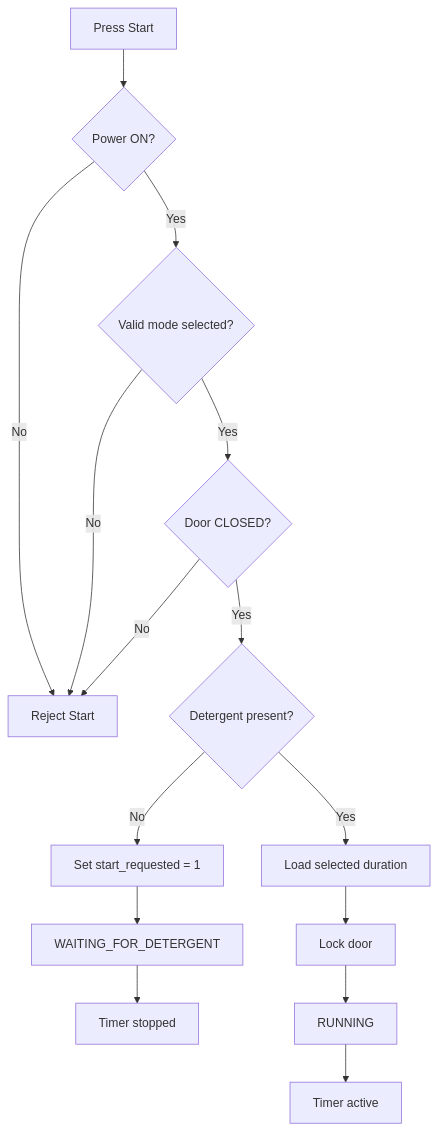
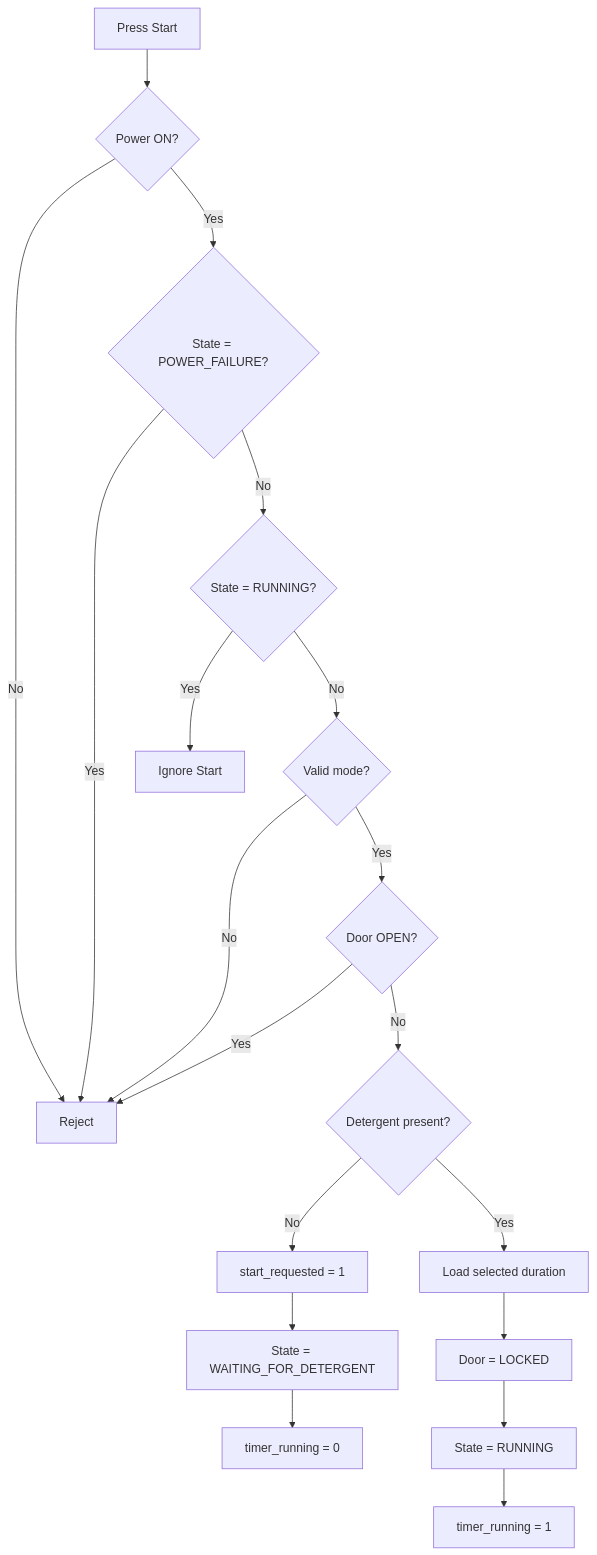
Before and after one commit to BMMADHUMITHA/weighted_rr: the third of 19 diagrams in README.md, drawn with Mermaid. The commit also changed other lines of this file, not shown here.

````diff
--- a/README.md
+++ b/README.md
@@ -195,17 +150,21 @@
 ```mermaid
 flowchart TD
     A[Press Start] --> B{Power ON?}
-    B -- No --> X[Reject Start]
-    B -- Yes --> C{Valid mode selected?}
-    C -- No --> X
-    C -- Yes --> D{Door CLOSED?}
-    D -- No --> X
-    D -- Yes --> E{Detergent present?}
-    E -- No --> F[Set start_requested = 1]
-    F --> G[WAITING_FOR_DETERGENT]
-    G --> H[Timer stopped]
-    E -- Yes --> I[Load selected duration]
-    I --> J[Lock door]
-    J --> K[RUNNING]
-    K --> L[Timer active]
+    B -- No --> X[Reject]
+    B -- Yes --> C{State = POWER_FAILURE?}
+    C -- Yes --> X
+    C -- No --> D{State = RUNNING?}
+    D -- Yes --> Y[Ignore Start]
+    D -- No --> E{Valid mode?}
+    E -- No --> X
+    E -- Yes --> F{Door OPEN?}
+    F -- Yes --> X
+    F -- No --> G{Detergent present?}
+    G -- No --> H[start_requested = 1]
+    H --> I[State = WAITING_FOR_DETERGENT]
+    I --> J[timer_running = 0]
+    G -- Yes --> K[Load selected duration]
+    K --> L[Door = LOCKED]
+    L --> M[State = RUNNING]
+    M --> N[timer_running = 1]
 ```
````
